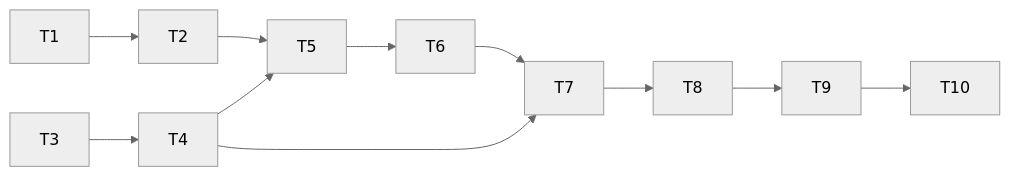
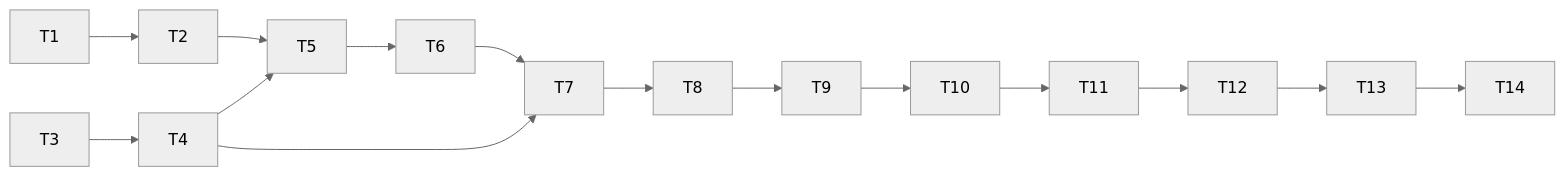
One commit to OUTLElijiadong/llm-agent-code-review changed the diagram in docs/沙箱黑盒入口与上下文复用20261008/TASK_沙箱黑盒入口与上下文复用.md. Above: the diagram before and after it, drawn with Mermaid (neutral theme). The commit also changed other lines of this file and 6 other files, not shown here.

````diff
--- a/docs/沙箱黑盒入口与上下文复用20261008/TASK_沙箱黑盒入口与上下文复用.md
+++ b/docs/沙箱黑盒入口与上下文复用20261008/TASK_沙箱黑盒入口与上下文复用.md
@@ -20,13 +22,17 @@
 ```mermaid
 flowchart LR
   T1 --> T2
   T3 --> T4
   T2 --> T5
   T4 --> T5
   T5 --> T6
   T4 --> T7
   T6 --> T7
   T7 --> T8
   T8 --> T9
   T9 --> T10
+  T10 --> T11
+  T11 --> T12
+  T12 --> T13
+  T13 --> T14
 ```
````
